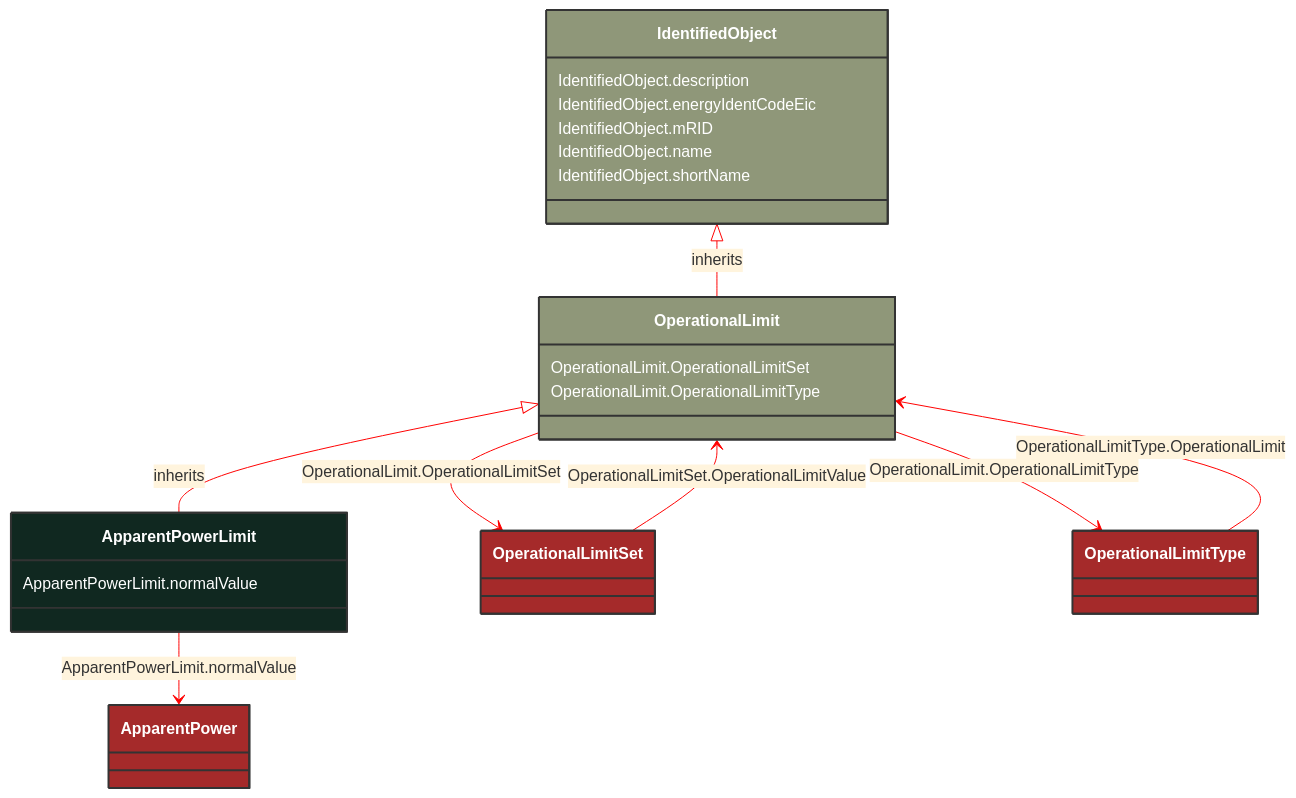
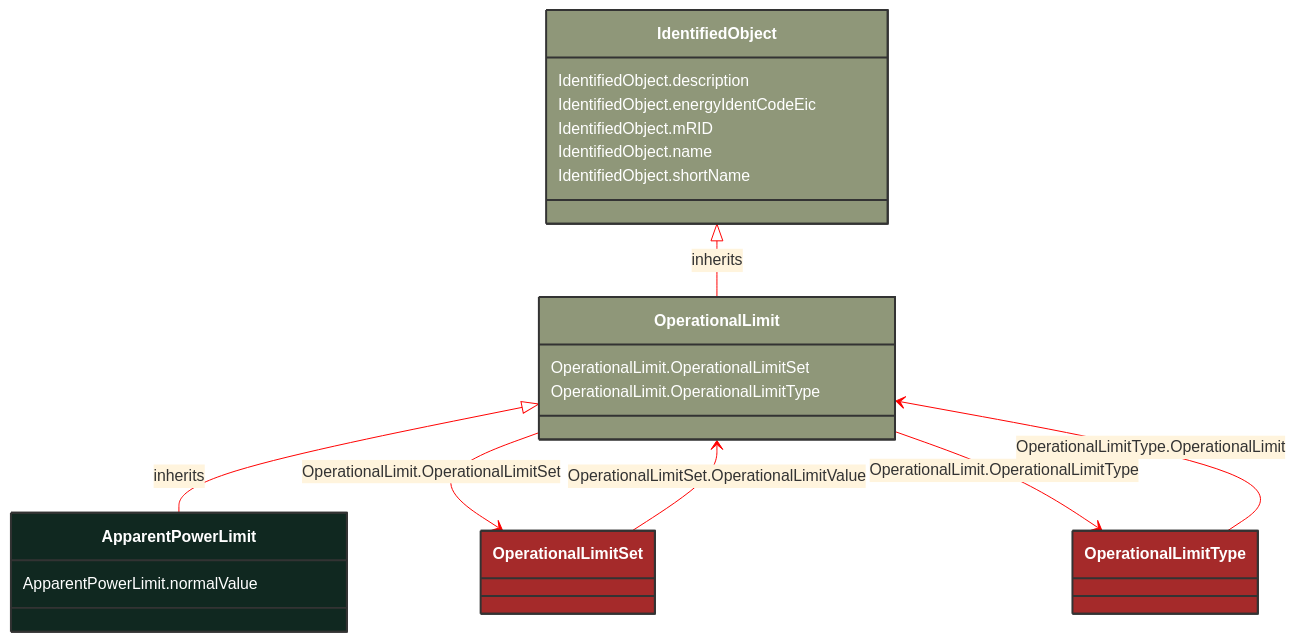
The diagram in docs/Models/Profiles/CoreEquipment/ConcreteClasses/ApparentPowerLimit.md (3lbits/NoCIMExtensions), drawn with Mermaid before and after one commit. The commit also changed other lines of this file and 397 other files, not shown here.

First line of the commit message:
Refactor CIM schemas to introduce abstract classes and consolidate data types

````diff
--- a/docs/Models/Profiles/CoreEquipment/ConcreteClasses/ApparentPowerLimit.md
+++ b/docs/Models/Profiles/CoreEquipment/ConcreteClasses/ApparentPowerLimit.md
@@ -8,53 +8,48 @@
 ```mermaid
 %%{init: {'theme':'base','themeVariables': {'lineColor': '#FF0000'}}}%%
 classDiagram
     class ApparentPowerLimit
     click ApparentPowerLimit href "/Models/Profiles/CoreEquipment/ConcreteClasses/ApparentPowerLimit/"
     style ApparentPowerLimit fill:#102820,stroke:#333,stroke-width:2px,rx:10,ry:10,color:white
      
         OperationalLimit <|-- ApparentPowerLimit : inherits
-            click OperationalLimit href "/Models/Profiles/CoreEquipment/ConcreteClasses/OperationalLimit/"
+            click OperationalLimit href "/Models/Profiles/CoreEquipment/AbstractClasses/OperationalLimit/"
             style OperationalLimit fill:#8F9779,stroke:#333,stroke-width:2px,rx:10,ry:10,color:white
      
         IdentifiedObject <|-- OperationalLimit : inherits
-            click IdentifiedObject href "/Models/Profiles/CoreEquipment/ConcreteClasses/IdentifiedObject/"
+            click IdentifiedObject href "/Models/Profiles/CoreEquipment/AbstractClasses/IdentifiedObject/"
             style IdentifiedObject fill:#8F9779,stroke:#333,stroke-width:2px,rx:10,ry:10,color:white
 
-        ApparentPowerLimit --> ApparentPower : ApparentPowerLimit.normalValue
-
-        ApparentPower
-            click ApparentPower href "/Models/Profiles/CoreEquipment/ConcreteClasses/ApparentPower/"
-            style ApparentPower fill:#A52A2A,stroke:#333,stroke-width:2px,rx:10,ry:10,color:white
         OperationalLimit --> OperationalLimitSet : OperationalLimit.OperationalLimitSet
 
         OperationalLimitSet
             click OperationalLimitSet href "/Models/Profiles/CoreEquipment/ConcreteClasses/OperationalLimitSet/"
             style OperationalLimitSet fill:#A52A2A,stroke:#333,stroke-width:2px,rx:10,ry:10,color:white
         OperationalLimit --> OperationalLimitType : OperationalLimit.OperationalLimitType
 
         OperationalLimitType
             click OperationalLimitType href "/Models/Profiles/CoreEquipment/ConcreteClasses/OperationalLimitType/"
             style OperationalLimitType fill:#A52A2A,stroke:#333,stroke-width:2px,rx:10,ry:10,color:white
 
         OperationalLimitSet --> OperationalLimit : OperationalLimitSet.OperationalLimitValue
 
         OperationalLimitSet
             click OperationalLimitSet href "/Models/Profiles/CoreEquipment/ConcreteClasses/OperationalLimitSet/"
             style OperationalLimitSet fill:#A52A2A,stroke:#333,stroke-width:2px,rx:10,ry:10,color:white
 
         OperationalLimitType --> OperationalLimit : OperationalLimitType.OperationalLimit
 
         OperationalLimitType
             click OperationalLimitType href "/Models/Profiles/CoreEquipment/ConcreteClasses/OperationalLimitType/"
             style OperationalLimitType fill:#A52A2A,stroke:#333,stroke-width:2px,rx:10,ry:10,color:white
 
 
         ApparentPowerLimit : ApparentPowerLimit.normalValue
         OperationalLimit : OperationalLimit.OperationalLimitSet
         OperationalLimit : OperationalLimit.OperationalLimitType
         IdentifiedObject : IdentifiedObject.description
         IdentifiedObject : IdentifiedObject.energyIdentCodeEic
         IdentifiedObject : IdentifiedObject.mRID
         IdentifiedObject : IdentifiedObject.name
         IdentifiedObject : IdentifiedObject.shortName
 ```
````
